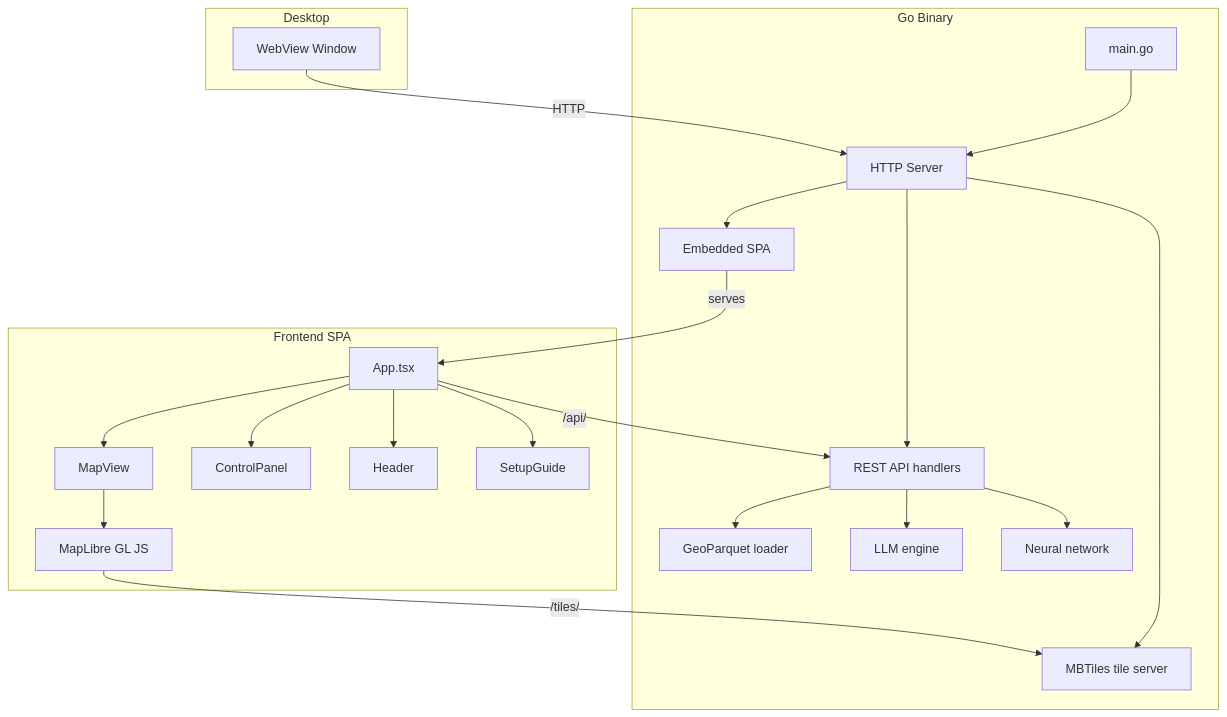
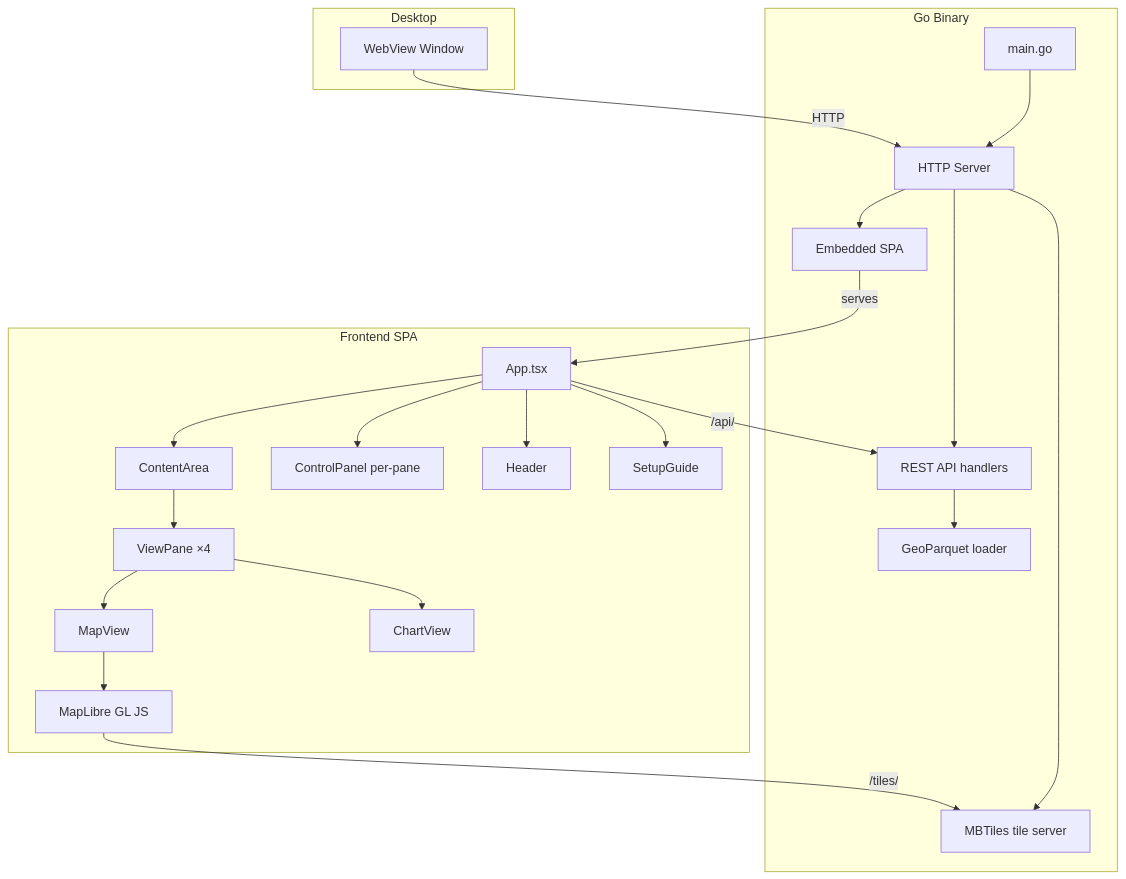
The diagram in docs/developer-guide/architecture.md (kartoza/DecisionTheatre), drawn with Mermaid before and after one commit. The commit also changed other lines of this file and 32 other files, not shown here.

````diff
--- a/docs/developer-guide/architecture.md
+++ b/docs/developer-guide/architecture.md
@@ -7,29 +7,30 @@
 ```mermaid
 graph TB
     subgraph Desktop
         WV[WebView Window]
     end
 
     subgraph Go Binary
         MAIN[main.go] --> SRV[HTTP Server]
         SRV --> API[REST API handlers]
         SRV --> TILES[MBTiles tile server]
         SRV --> STATIC[Embedded SPA]
         API --> GEO[GeoParquet loader]
-        API --> LLM[LLM engine]
-        API --> NN[Neural network]
     end
 
     subgraph Frontend SPA
-        APP[App.tsx] --> MAP[MapView]
-        APP --> CP[ControlPanel]
+        APP[App.tsx] --> CA[ContentArea]
+        CA --> VP[ViewPane ×4]
+        VP --> MAP[MapView]
+        VP --> CHT[ChartView]
+        APP --> CP[ControlPanel per-pane]
         APP --> HDR[Header]
         APP --> SG[SetupGuide]
         MAP --> ML[MapLibre GL JS]
     end
 
     WV -->|HTTP| SRV
     STATIC -->|serves| APP
     ML -->|/tiles/| TILES
     APP -->|/api/| API
 ```
````
